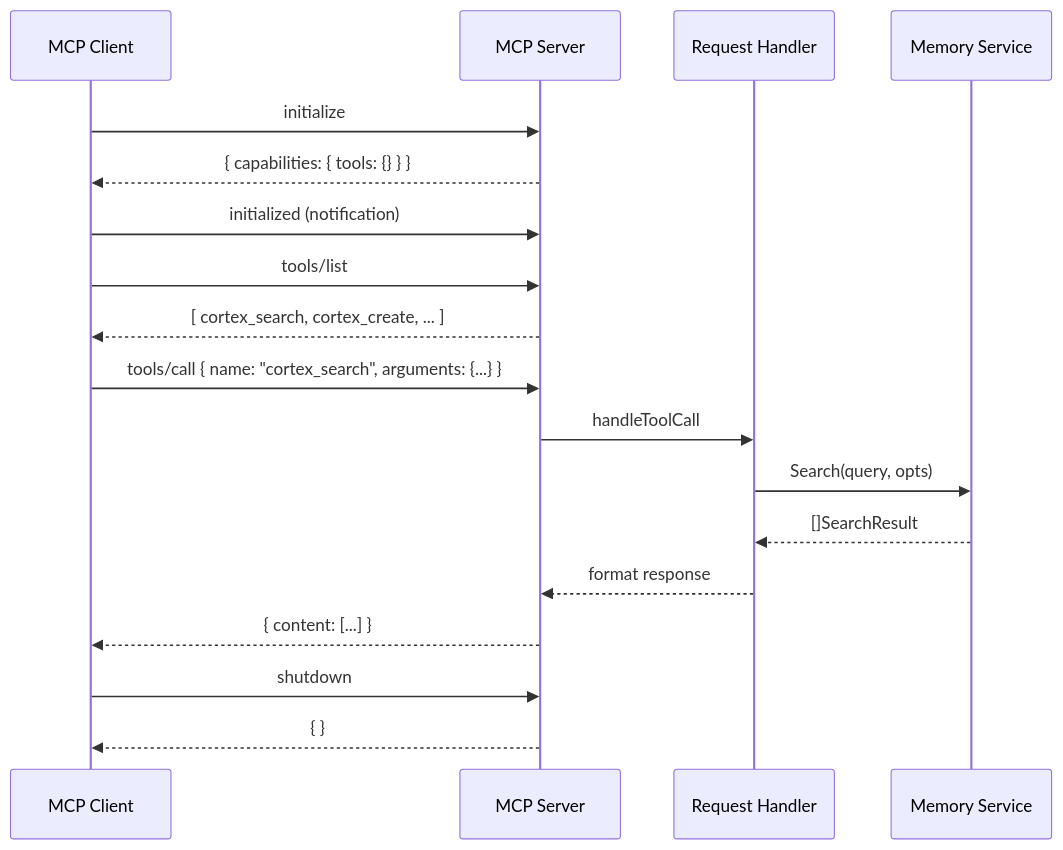
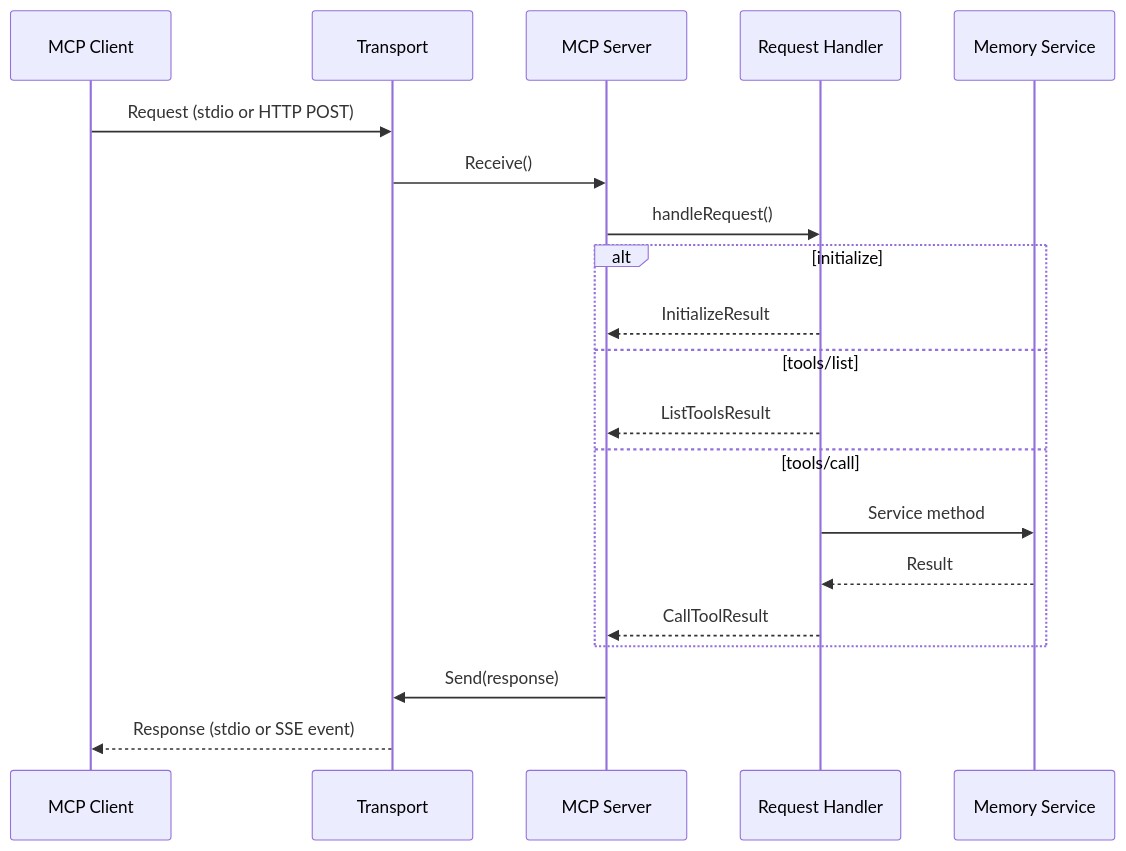
Before and after one commit to fmatsos/cortex: the eighth of 14 diagrams in docs/ARCHITECTURE.md, drawn with Mermaid. The commit also changed other lines of this file and 1 other file, not shown here.

First line of the commit message:
Update documentation for stdio and SSE transport support

````diff
--- a/docs/ARCHITECTURE.md
+++ b/docs/ARCHITECTURE.md
@@ -278,24 +330,25 @@
 ```mermaid
 sequenceDiagram
     participant C as MCP Client
+    participant T as Transport
     participant S as MCP Server
     participant H as Request Handler
     participant MS as Memory Service
 
-    C->>S: initialize
-    S-->>C: { capabilities: { tools: {} } }
-    C->>S: initialized (notification)
+    C->>T: Request (stdio or HTTP POST)
+    T->>S: Receive()
+    S->>H: handleRequest()
 
-    C->>S: tools/list
-    S-->>C: [ cortex_search, cortex_create, ... ]
+    alt initialize
+        H-->>S: InitializeResult
+    else tools/list
+        H-->>S: ListToolsResult
+    else tools/call
+        H->>MS: Service method
+        MS-->>H: Result
+        H-->>S: CallToolResult
+    end
 
-    C->>S: tools/call { name: "cortex_search", arguments: {...} }
-    S->>H: handleToolCall
-    H->>MS: Search(query, opts)
-    MS-->>H: []SearchResult
-    H-->>S: format response
-    S-->>C: { content: [...] }
-
-    C->>S: shutdown
-    S-->>C: { }
+    S->>T: Send(response)
+    T-->>C: Response (stdio or SSE event)
 ```
````
